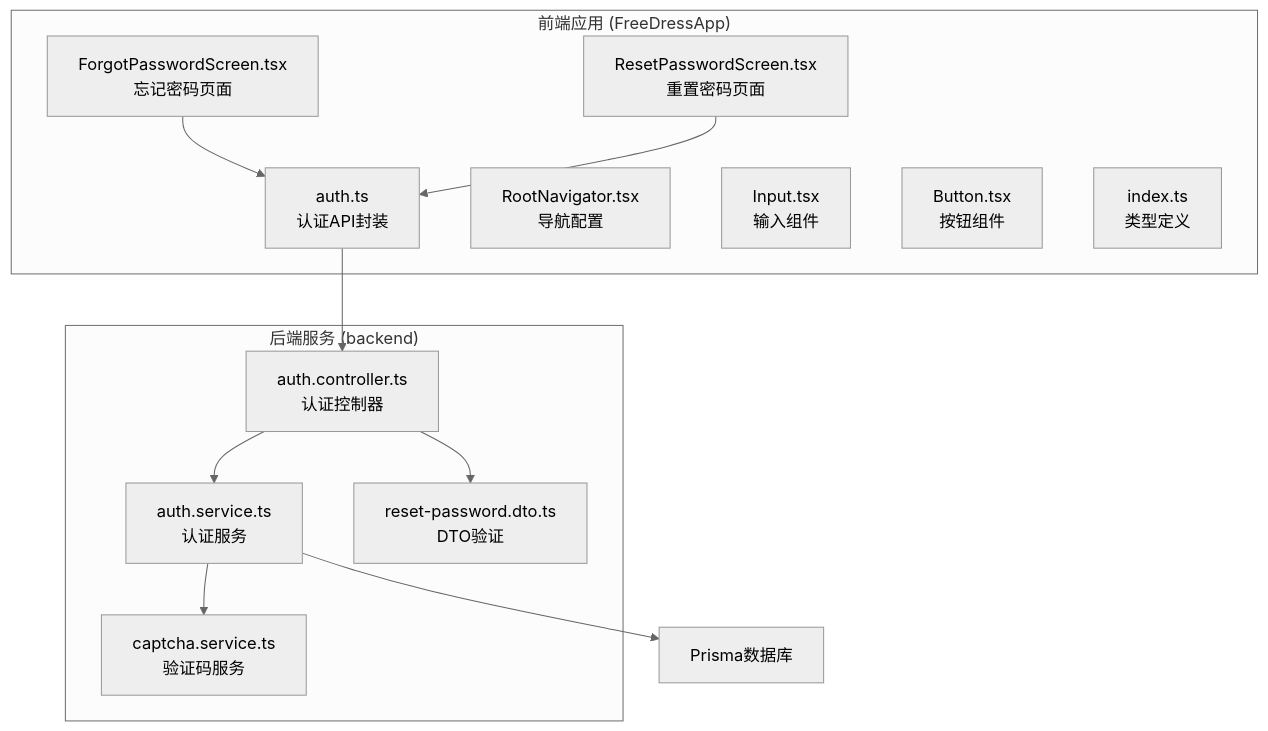
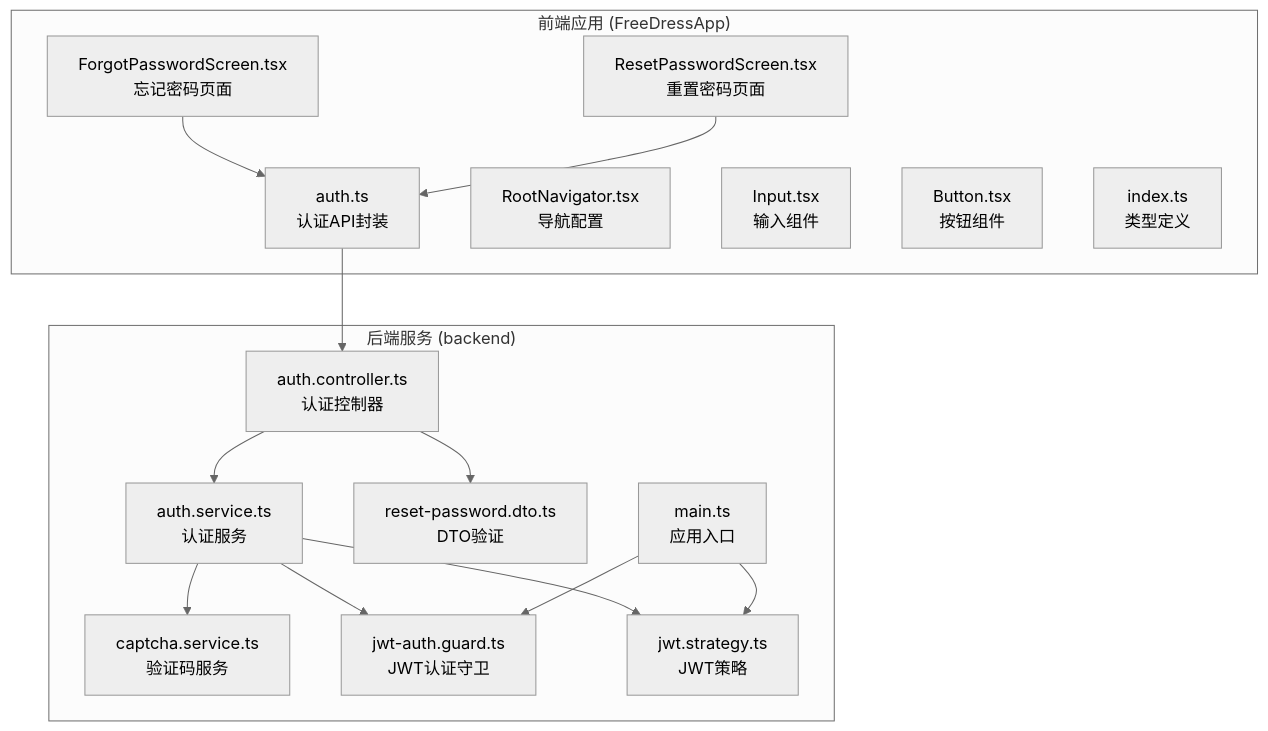
Before and after one commit to lsqwawa/free-dress: the first of 10 diagrams in .qoder/repowiki/zh/content/前端开发指南/页面架构/认证页面/密码重置页面.md, drawn with Mermaid (neutral theme). The commit also changed other lines of this file and 55 other files, not shown here.

````diff
--- a/.qoder/repowiki/zh/content/前端开发指南/页面架构/认证页面/密码重置页面.md
+++ b/.qoder/repowiki/zh/content/前端开发指南/页面架构/认证页面/密码重置页面.md
@@ -37,25 +47,31 @@
 ```mermaid
 graph TB
 subgraph "前端应用 (FreeDressApp)"
 FP[ForgotPasswordScreen.tsx<br/>忘记密码页面]
 RP[ResetPasswordScreen.tsx<br/>重置密码页面]
 API[auth.ts<br/>认证API封装]
 NAV[RootNavigator.tsx<br/>导航配置]
 INPUT[Input.tsx<br/>输入组件]
 BTN[Button.tsx<br/>按钮组件]
 TYPES[index.ts<br/>类型定义]
 end
 subgraph "后端服务 (backend)"
 AC[auth.controller.ts<br/>认证控制器]
 AS[auth.service.ts<br/>认证服务]
 CS[captcha.service.ts<br/>验证码服务]
 DTO[reset-password.dto.ts<br/>DTO验证]
+JWT_GUARD[jwt-auth.guard.ts<br/>JWT认证守卫]
+JWT_STRATEGY[jwt.strategy.ts<br/>JWT策略]
+MAIN[main.ts<br/>应用入口]
 end
 FP --> API
 RP --> API
 API --> AC
 AC --> AS
 AS --> CS
-AS --> PRISMA[Prisma数据库]
+AS --> JWT_GUARD
+AS --> JWT_STRATEGY
 AC --> DTO
+MAIN --> JWT_GUARD
+MAIN --> JWT_STRATEGY
 ```
````
